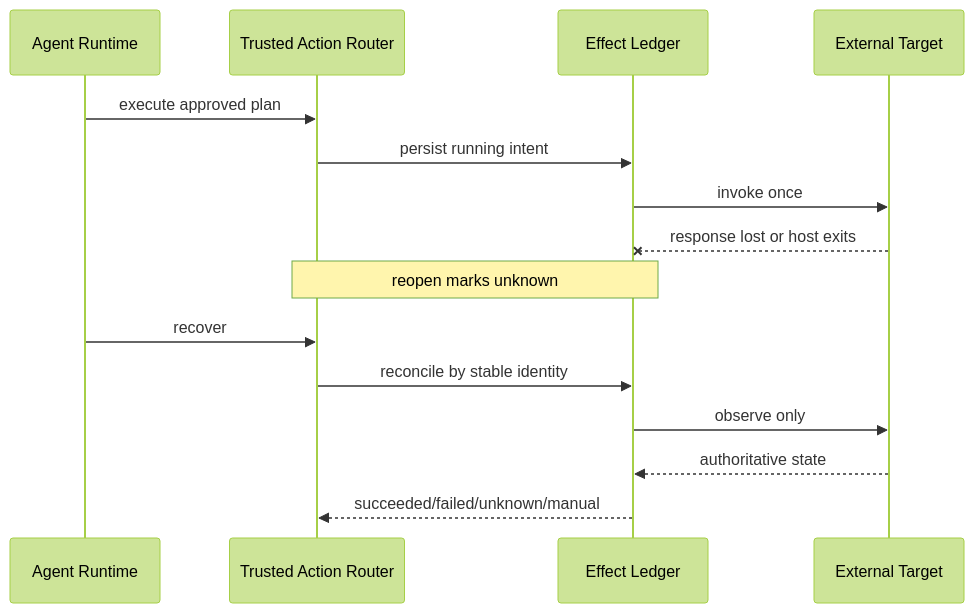
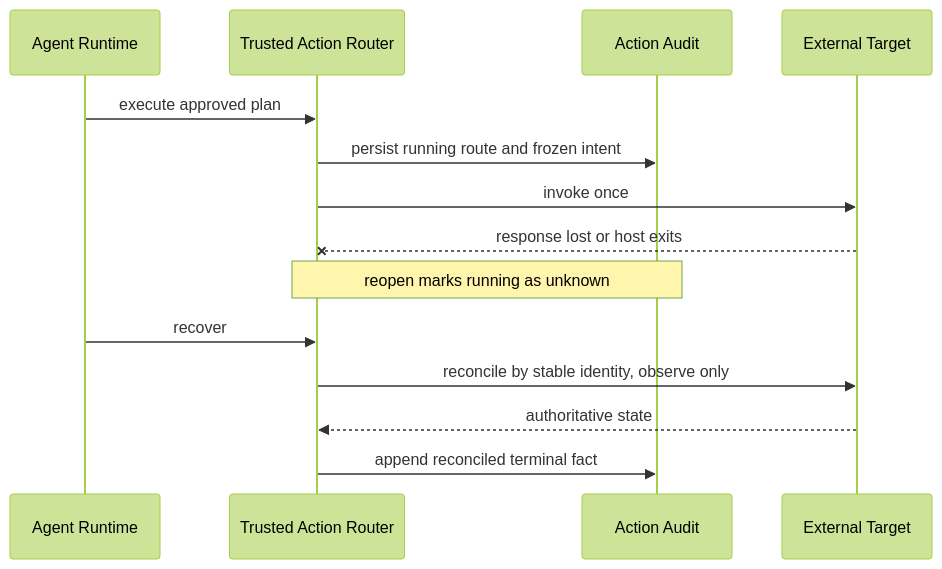
One commit to carrie1988/Harnessix changed the fifth of 5 diagrams in docs/changes/m09-1f-single-product-runtime-convergence.md. Above: the diagram before and after it, drawn with Mermaid (forest theme). The commit also changed other lines of this file and 16 other files, not shown here.

````diff
--- a/docs/changes/m09-1f-single-product-runtime-convergence.md
+++ b/docs/changes/m09-1f-single-product-runtime-convergence.md
@@ -190,17 +192,16 @@
 ```mermaid
 sequenceDiagram
     participant A as Agent Runtime
     participant R as Trusted Action Router
-    participant L as Effect Ledger
+    participant L as Action Audit
     participant X as External Target
     A->>R: execute approved plan
-    R->>L: persist running intent
-    L->>X: invoke once
-    X--xL: response lost or host exits
-    Note over R,L: reopen marks unknown
+    R->>L: persist running route and frozen intent
+    R->>X: invoke once
+    X--xR: response lost or host exits
+    Note over R,L: reopen marks running as unknown
     A->>R: recover
-    R->>L: reconcile by stable identity
-    L->>X: observe only
-    X-->>L: authoritative state
-    L-->>R: succeeded/failed/unknown/manual
+    R->>X: reconcile by stable identity, observe only
+    X-->>R: authoritative state
+    R->>L: append reconciled terminal fact
 ```
````
